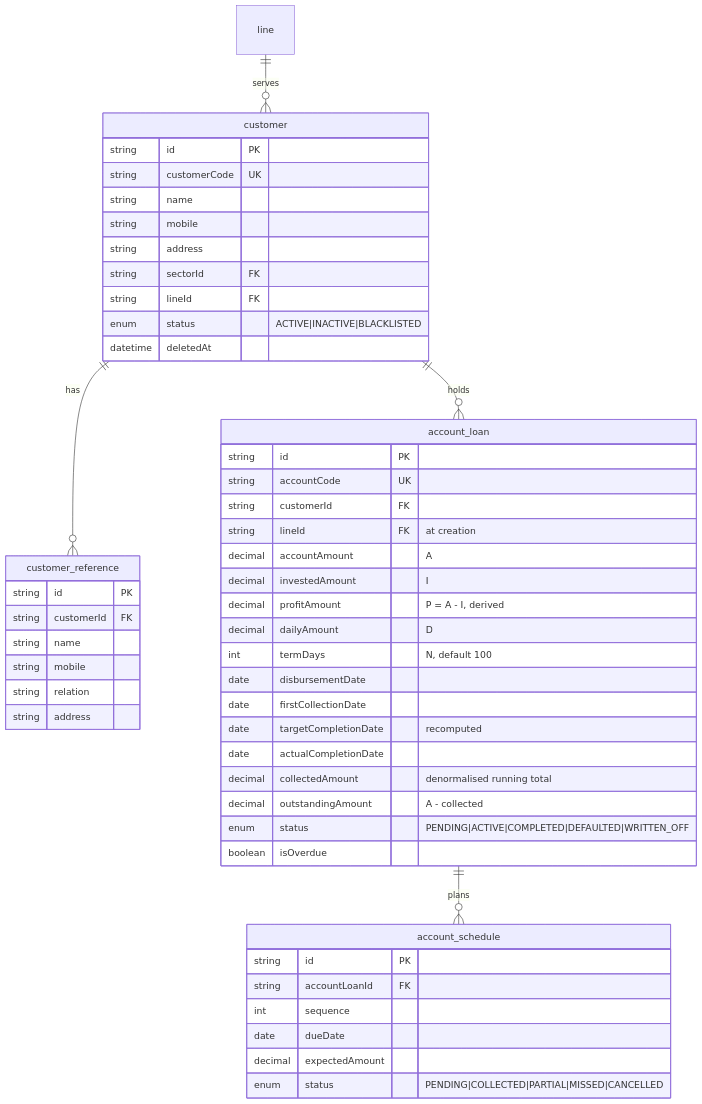
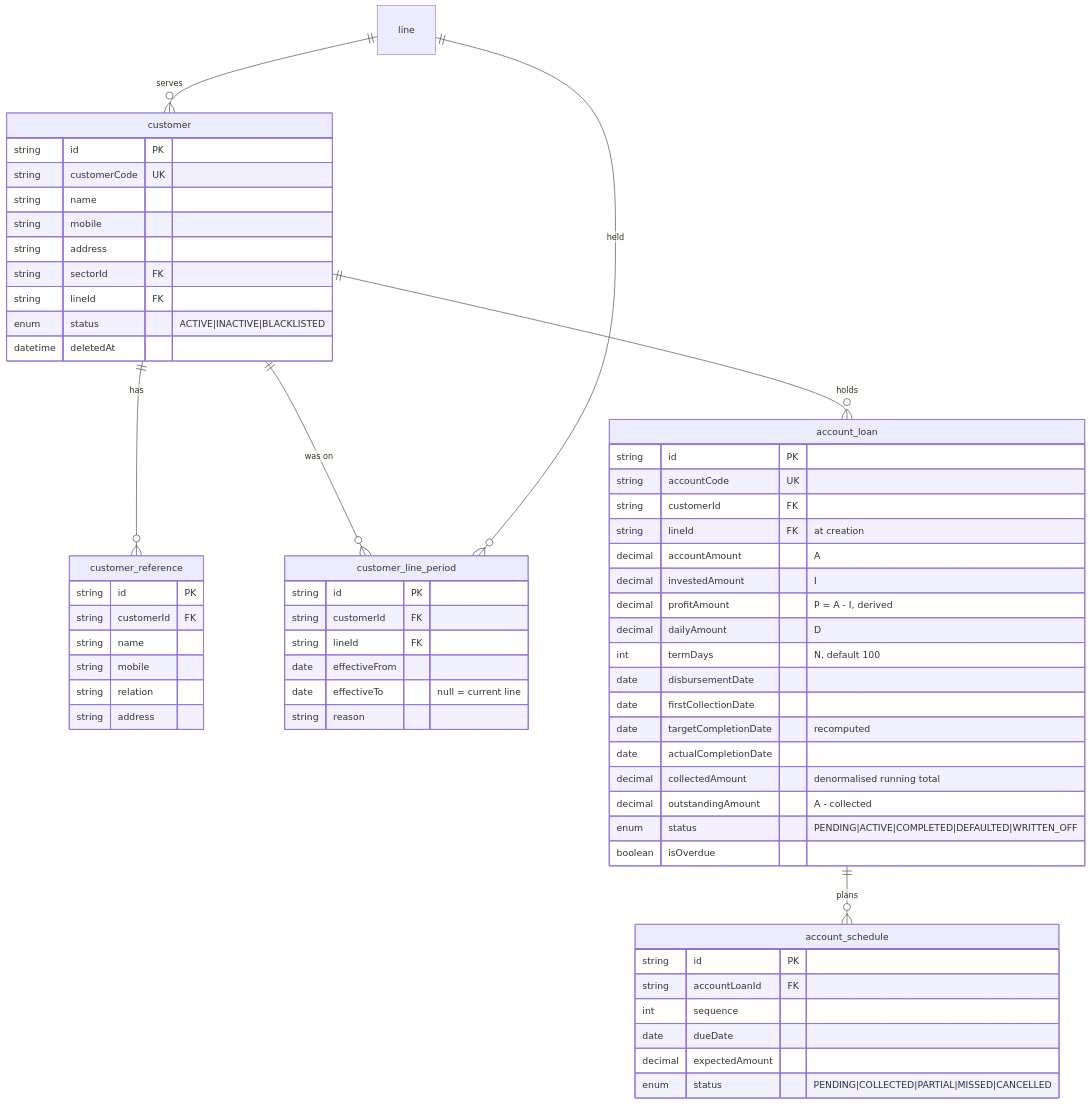
The second of 5 diagrams in docs/03-data/erd.md (selvadev-01/finance-crm), drawn with Mermaid before and after one commit. The commit also changed 62 other files, not shown here.

````diff
--- a/docs/03-data/erd.md
+++ b/docs/03-data/erd.md
@@ -83,54 +83,64 @@
 ```mermaid
 erDiagram
     customer ||--o{ customer_reference : "has"
+    customer ||--o{ customer_line_period : "was on"
+    line ||--o{ customer_line_period : "held"
     customer ||--o{ account_loan : "holds"
     line ||--o{ customer : "serves"
     account_loan ||--o{ account_schedule : "plans"
 
     customer {
         string id PK
         string customerCode UK
         string name
         string mobile
         string address
         string sectorId FK
         string lineId FK
         enum status "ACTIVE|INACTIVE|BLACKLISTED"
         datetime deletedAt
     }
     customer_reference {
         string id PK
         string customerId FK
         string name
         string mobile
         string relation
         string address
+    }
+    customer_line_period {
+        string id PK
+        string customerId FK
+        string lineId FK
+        date effectiveFrom
+        date effectiveTo "null = current line"
+        string reason
     }
     account_loan {
         string id PK
         string accountCode UK
         string customerId FK
         string lineId FK "at creation"
         decimal accountAmount "A"
         decimal investedAmount "I"
         decimal profitAmount "P = A - I, derived"
         decimal dailyAmount "D"
         int termDays "N, default 100"
         date disbursementDate
         date firstCollectionDate
         date targetCompletionDate "recomputed"
         date actualCompletionDate
         decimal collectedAmount "denormalised running total"
         decimal outstandingAmount "A - collected"
         enum status "PENDING|ACTIVE|COMPLETED|DEFAULTED|WRITTEN_OFF"
         boolean isOverdue
     }
     account_schedule {
         string id PK
         string accountLoanId FK
         int sequence
         date dueDate
         decimal expectedAmount
         enum status "PENDING|COLLECTED|PARTIAL|MISSED|CANCELLED"
     }
 ```
````
